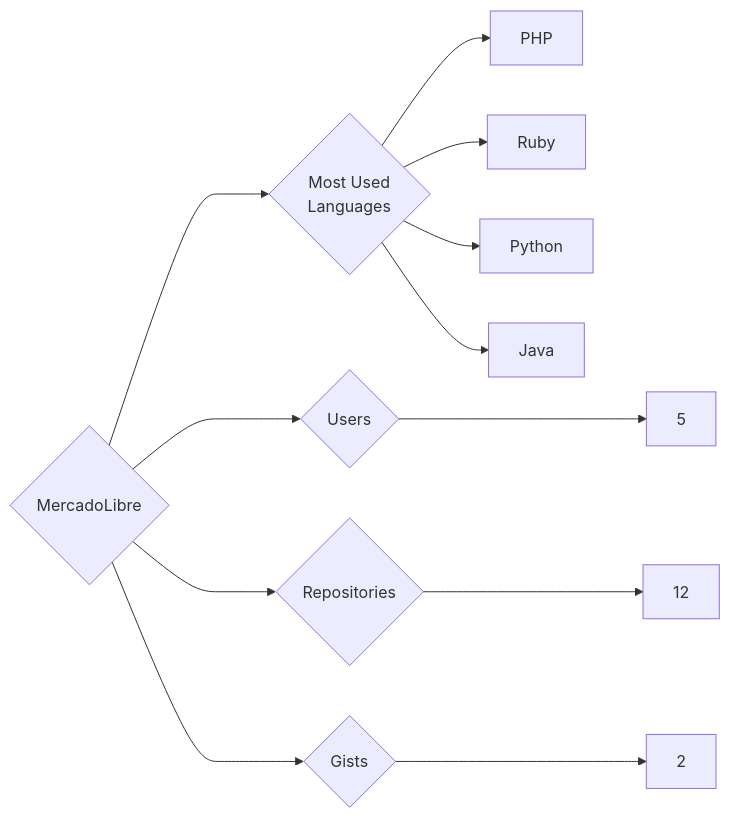
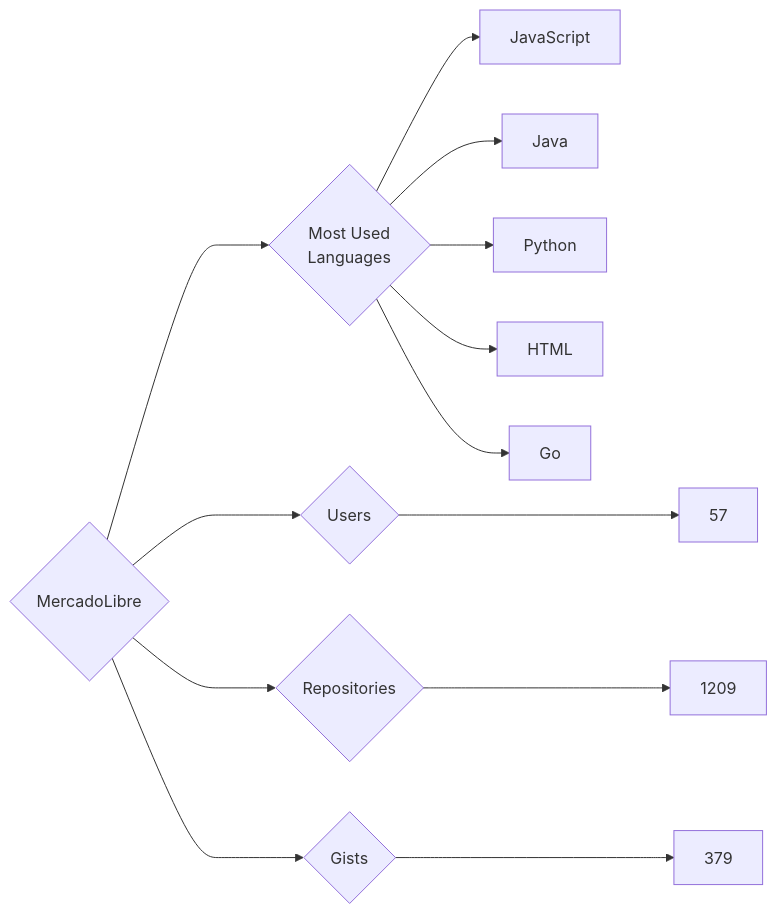
One commit to trickest/insiders changed the diagram in targets/MercadoLibre/README.md. Above: the diagram before and after it, drawn with Mermaid. The commit also changed 748 other files, not shown here.

````diff
--- a/targets/MercadoLibre/README.md
+++ b/targets/MercadoLibre/README.md
@@ -3,12 +3,13 @@
 ```mermaid
 graph LR
 COMPANY_NAME{MercadoLibre}
-COMPANY_NAME ---> U{Users} ---> UN[5]
-COMPANY_NAME ---> R{Repositories} ---> RN[12]
-COMPANY_NAME ---> G{Gists} ---> GN[2]
+COMPANY_NAME ---> U{Users} ---> UN[57]
+COMPANY_NAME ---> R{Repositories} ---> RN[1209]
+COMPANY_NAME ---> G{Gists} ---> GN[379]
 COMPANY_NAME ---> ML{Most Used<br>Languages}
-ML --> PHP[PHP]
-ML --> Ruby[Ruby]
+ML --> JavaScript[JavaScript]
+ML --> Java[Java]
 ML --> Python[Python]
-ML --> Java[Java]
+ML --> HTML[HTML]
+ML --> Go[Go]
 ```
````
